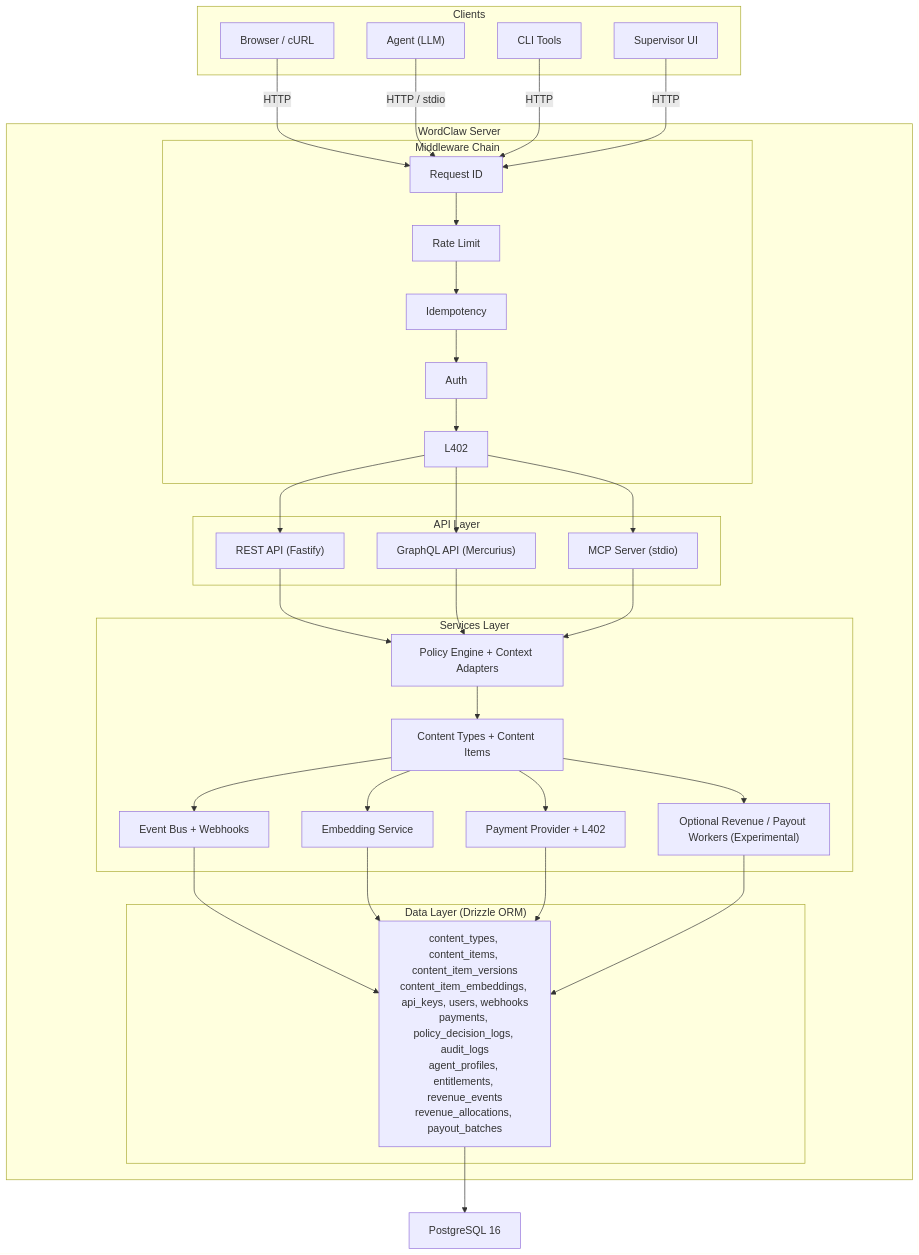
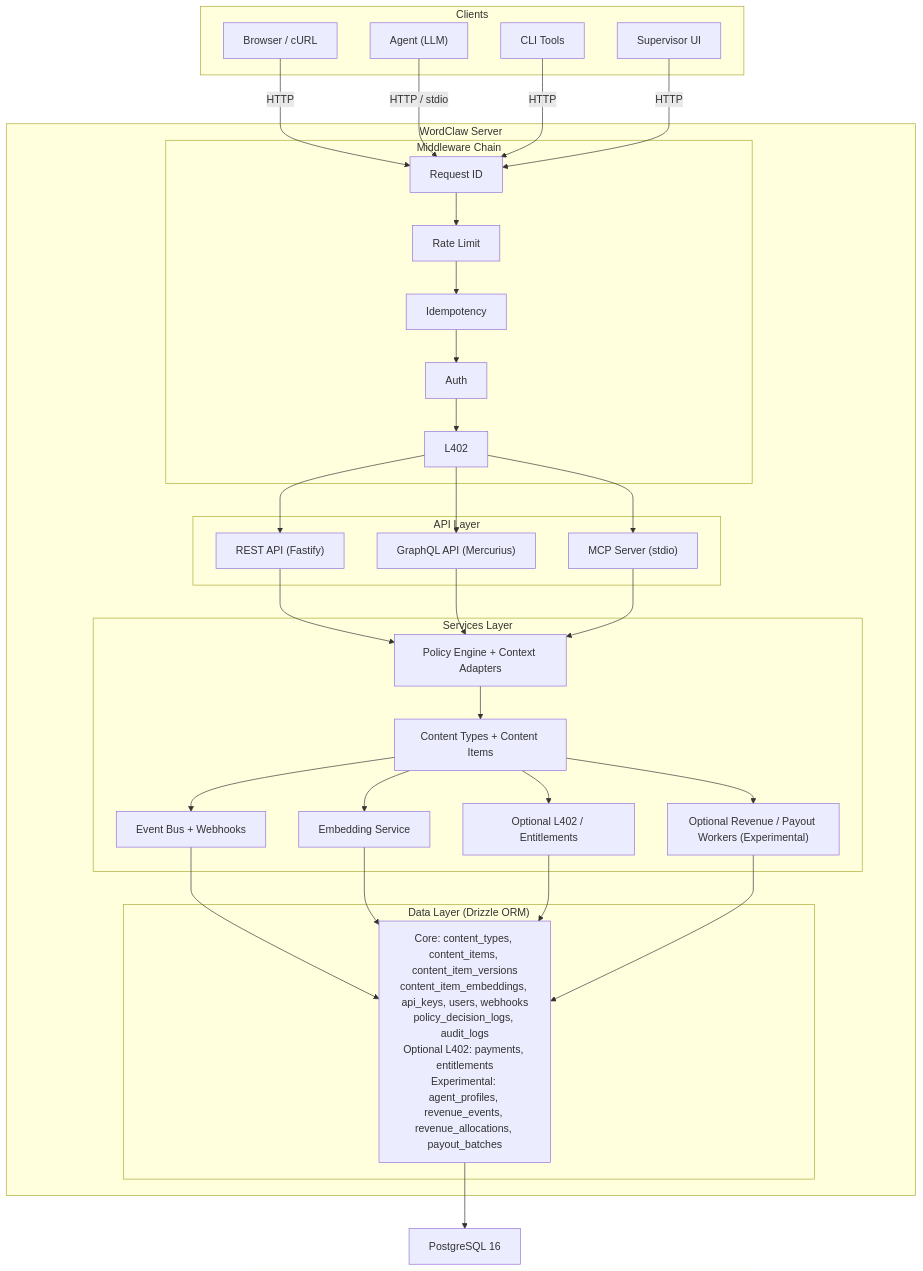
One commit to dligthart/wordclaw changed the first of 3 diagrams in doc/reference/architecture.md. Above: the diagram before and after it, drawn with Mermaid. The commit also changed other lines of this file and 5 other files, not shown here.

````diff
--- a/doc/reference/architecture.md
+++ b/doc/reference/architecture.md
@@ -7,56 +7,56 @@
 ```mermaid
 flowchart TB
   subgraph Clients
     Browser["Browser / cURL"]
     Agent["Agent (LLM)"]
     CLI["CLI Tools"]
     Supervisor["Supervisor UI"]
   end
 
   subgraph WordClaw["WordClaw Server"]
     subgraph Middleware["Middleware Chain"]
       RequestId["Request ID"] --> RateLimit["Rate Limit"] --> Idempotency["Idempotency"] --> Auth["Auth"] --> L402["L402"]
     end
 
     subgraph APIs["API Layer"]
       REST["REST API (Fastify)"]
       GraphQL["GraphQL API (Mercurius)"]
       MCP["MCP Server (stdio)"]
     end
 
     subgraph Services["Services Layer"]
       Policy["Policy Engine + Context Adapters"]
       Content["Content Types + Content Items"]
       Events["Event Bus + Webhooks"]
       Embeddings["Embedding Service"]
-      Payments["Payment Provider + L402"]
+      Payments["Optional L402 / Entitlements"]
       Revenue["Optional Revenue / Payout Workers (Experimental)"]
     end
 
     subgraph Data["Data Layer (Drizzle ORM)"]
-      Tables["content_types, content_items, content_item_versions<br/>content_item_embeddings, api_keys, users, webhooks<br/>payments, policy_decision_logs, audit_logs<br/>agent_profiles, entitlements, revenue_events<br/>revenue_allocations, payout_batches"]
+      Tables["Core: content_types, content_items, content_item_versions<br/>content_item_embeddings, api_keys, users, webhooks<br/>policy_decision_logs, audit_logs<br/>Optional L402: payments, entitlements<br/>Experimental: agent_profiles, revenue_events, revenue_allocations, payout_batches"]
     end
 
     L402 --> REST
     L402 --> GraphQL
     L402 --> MCP
     REST --> Policy
     GraphQL --> Policy
     MCP --> Policy
     Policy --> Content
     Content --> Events
     Content --> Embeddings
     Content --> Payments
     Content --> Revenue
     Events --> Tables
     Embeddings --> Tables
     Payments --> Tables
     Revenue --> Tables
   end
 
   Browser -->|HTTP| RequestId
   Agent -->|HTTP / stdio| RequestId
   CLI -->|HTTP| RequestId
   Supervisor -->|HTTP| RequestId
   Tables --> Postgres["PostgreSQL 16"]
 ```
````
